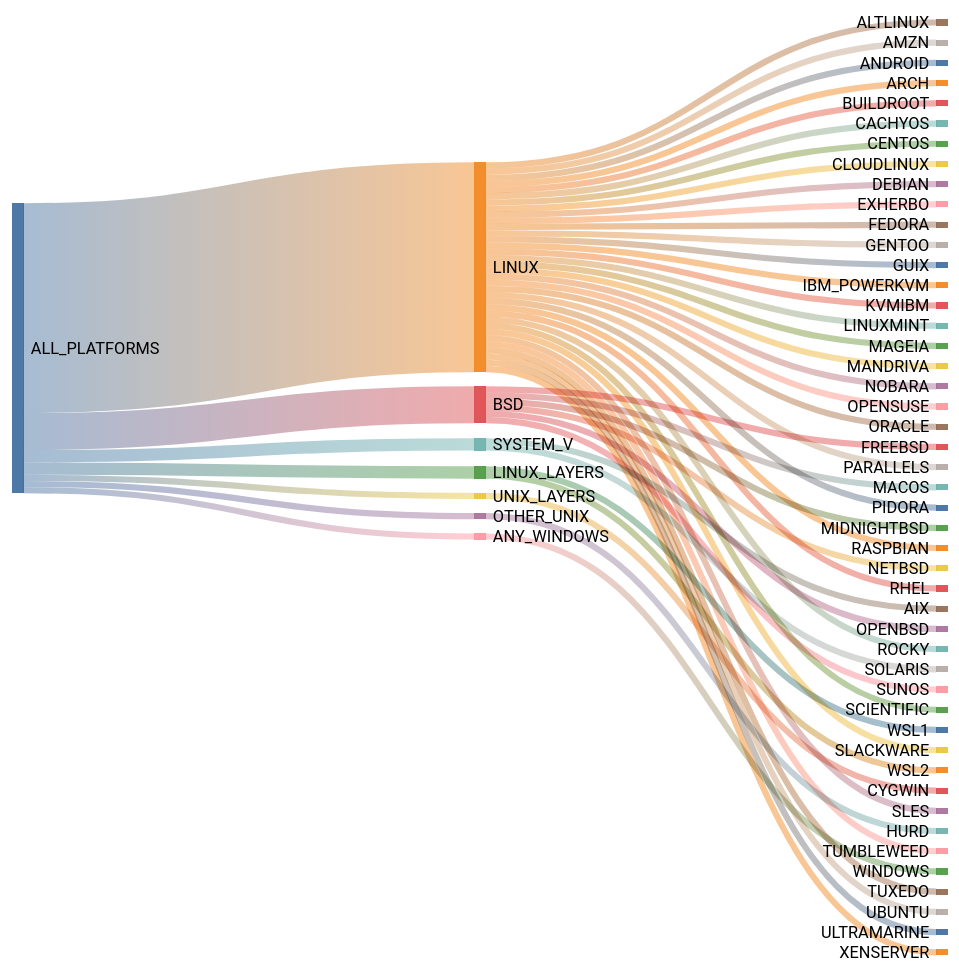
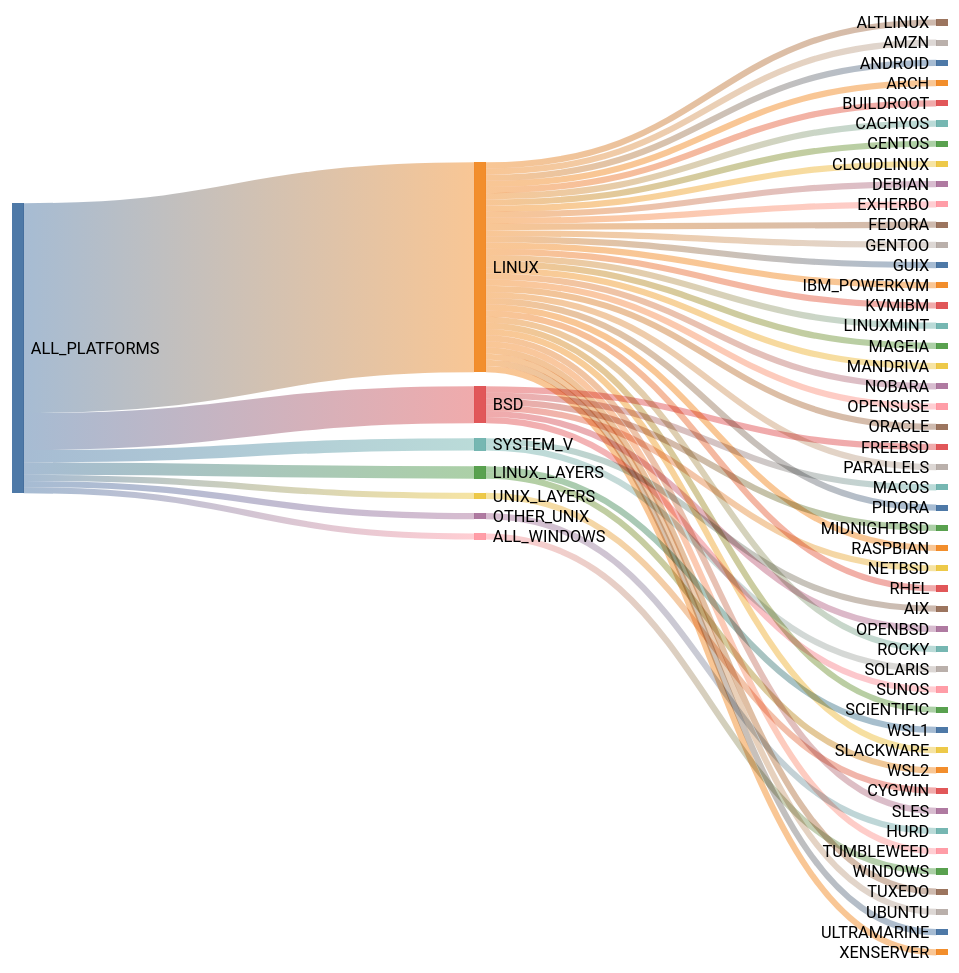
The first of 2 diagrams in docs/platforms.md (kdeldycke/extra-platforms), drawn with Mermaid (forest theme) before and after one commit. The commit also changed other lines of this file and 20 other files, not shown here.

Commit message:
Rationalize ANY/ALL prefixes

````diff
--- a/docs/platforms.md
+++ b/docs/platforms.md
@@ -140,61 +140,61 @@
 ```mermaid
 ---
 config: {"sankey": {"showValues": false, "width": 800, "height": 800}}
 ---
 sankey-beta
 
 ALL_PLATFORMS,LINUX,34
 ALL_PLATFORMS,BSD,6
 ALL_PLATFORMS,SYSTEM_V,2
 ALL_PLATFORMS,LINUX_LAYERS,2
 ALL_PLATFORMS,UNIX_LAYERS,1
 ALL_PLATFORMS,OTHER_UNIX,1
-ALL_PLATFORMS,ANY_WINDOWS,1
+ALL_PLATFORMS,ALL_WINDOWS,1
 LINUX,ALTLINUX,1
 LINUX,AMZN,1
 LINUX,ANDROID,1
 LINUX,ARCH,1
 LINUX,BUILDROOT,1
 LINUX,CACHYOS,1
 LINUX,CENTOS,1
 LINUX,CLOUDLINUX,1
 LINUX,DEBIAN,1
 LINUX,EXHERBO,1
 LINUX,FEDORA,1
 LINUX,GENTOO,1
 LINUX,GUIX,1
 LINUX,IBM_POWERKVM,1
 LINUX,KVMIBM,1
 LINUX,LINUXMINT,1
 LINUX,MAGEIA,1
 LINUX,MANDRIVA,1
 LINUX,NOBARA,1
 LINUX,OPENSUSE,1
 LINUX,ORACLE,1
 LINUX,PARALLELS,1
 LINUX,PIDORA,1
 LINUX,RASPBIAN,1
 LINUX,RHEL,1
 LINUX,ROCKY,1
 LINUX,SCIENTIFIC,1
 LINUX,SLACKWARE,1
 LINUX,SLES,1
 LINUX,TUMBLEWEED,1
 LINUX,TUXEDO,1
 LINUX,UBUNTU,1
 LINUX,ULTRAMARINE,1
 LINUX,XENSERVER,1
 BSD,FREEBSD,1
 BSD,MACOS,1
 BSD,MIDNIGHTBSD,1
 BSD,NETBSD,1
 BSD,OPENBSD,1
 BSD,SUNOS,1
 SYSTEM_V,AIX,1
 SYSTEM_V,SOLARIS,1
 LINUX_LAYERS,WSL1,1
 LINUX_LAYERS,WSL2,1
 UNIX_LAYERS,CYGWIN,1
 OTHER_UNIX,HURD,1
-ANY_WINDOWS,WINDOWS,1
+ALL_WINDOWS,WINDOWS,1
 ```
````
